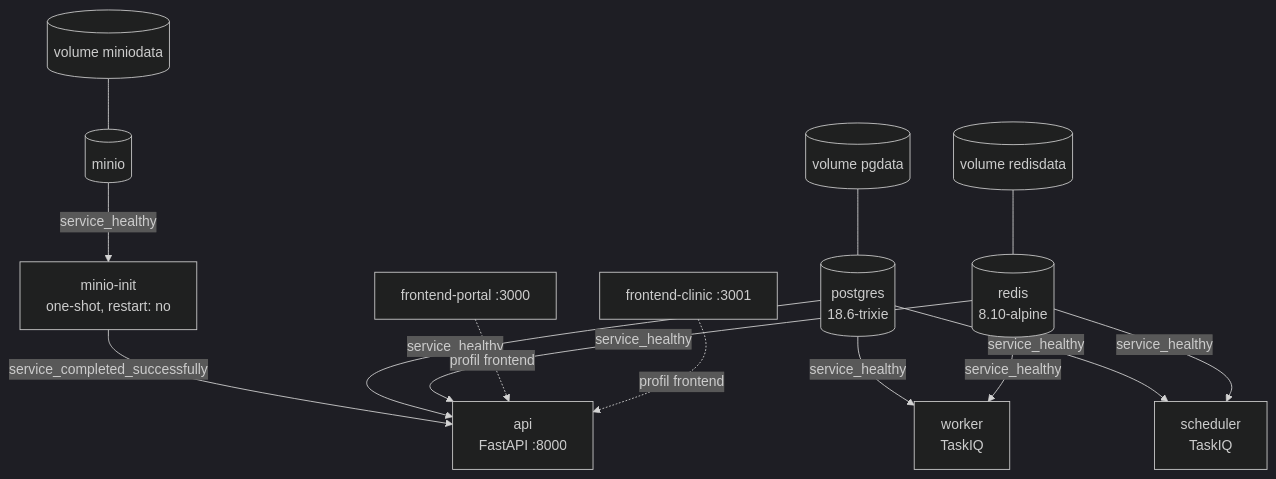
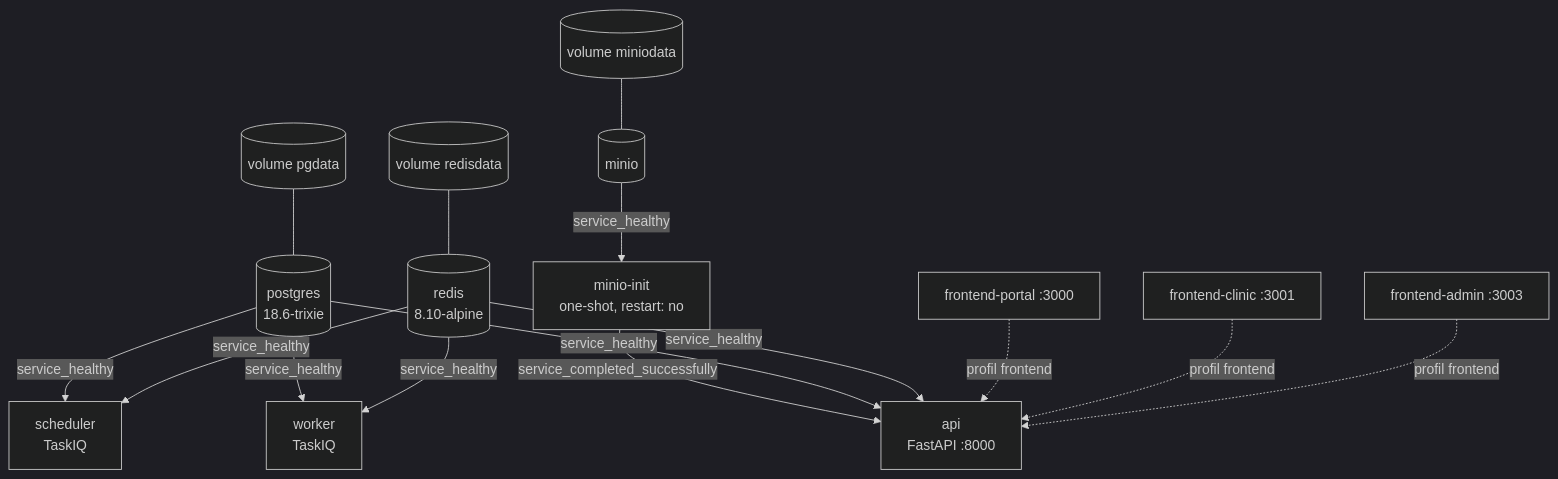
The diagram in documentation/docs/exploitation/stack-docker.md (kederiku/VetLib), drawn with Mermaid (dark theme) before and after one commit. The commit also changed other lines of this file and 36 other files, not shown here.

````diff
--- a/documentation/docs/exploitation/stack-docker.md
+++ b/documentation/docs/exploitation/stack-docker.md
@@ -12,28 +12,30 @@
 ```mermaid
 flowchart TD
   PG[("postgres<br/>18.6-trixie")]
   RD[("redis<br/>8.10-alpine")]
   MI[("minio")]
   MIN["minio-init<br/>one-shot, restart: no"]
   API["api<br/>FastAPI :8000"]
   W["worker<br/>TaskIQ"]
   SC["scheduler<br/>TaskIQ"]
   FP["frontend-portal :3000"]
   FC["frontend-clinic :3001"]
+  FA["frontend-admin :3003"]
 
   MI -->|service_healthy| MIN
   MIN -->|service_completed_successfully| API
   PG -->|service_healthy| API
   RD -->|service_healthy| API
   PG -->|service_healthy| W
   RD -->|service_healthy| W
   PG -->|service_healthy| SC
   RD -->|service_healthy| SC
 
   V1[("volume pgdata")] --- PG
   V2[("volume redisdata")] --- RD
   V3[("volume miniodata")] --- MI
 
   FP -.->|"profil frontend"| API
   FC -.->|"profil frontend"| API
+  FA -.->|"profil frontend"| API
 ```
````
